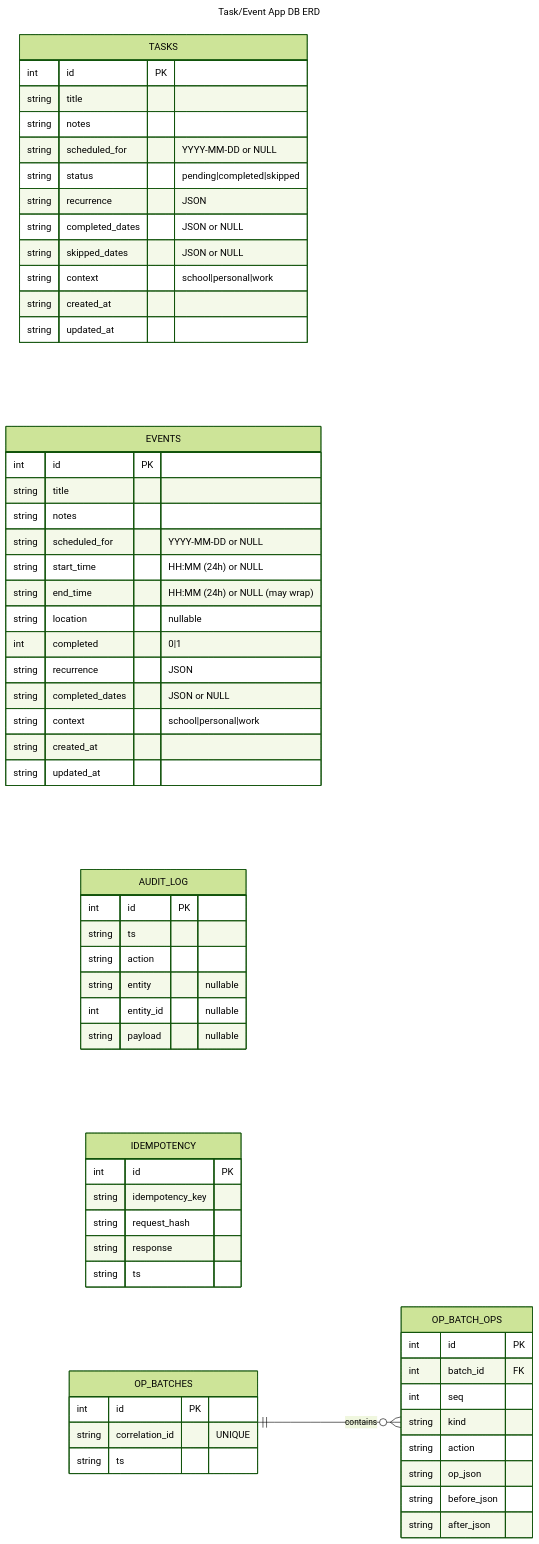
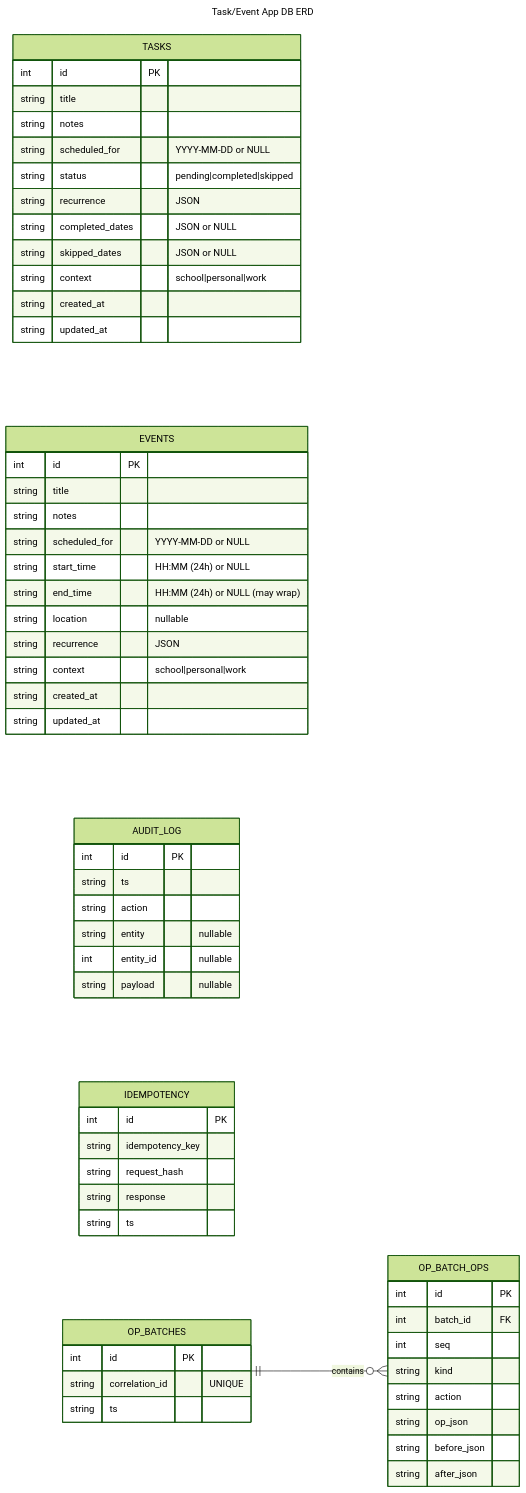
One commit to dantheman454/habit_app changed the diagram in docs/mindmap/er_diagram.md. Above: the diagram before and after it, drawn with Mermaid (forest theme). The commit also changed 22 other files, not shown here.

````diff
--- a/docs/mindmap/er_diagram.md
+++ b/docs/mindmap/er_diagram.md
@@ -7,73 +7,71 @@
 ```mermaid
 ---
 title: Task/Event App DB ERD
 ---
 erDiagram
     direction LR
 
     TASKS {
         int id PK
         string title
         string notes
         string scheduled_for "YYYY-MM-DD or NULL"
         string status "pending|completed|skipped"
         string recurrence "JSON"
         string completed_dates "JSON or NULL"
         string skipped_dates "JSON or NULL"
         string context "school|personal|work"
         string created_at
         string updated_at
     }
 
     EVENTS {
         int id PK
         string title
         string notes
         string scheduled_for "YYYY-MM-DD or NULL"
         string start_time "HH:MM (24h) or NULL"
         string end_time "HH:MM (24h) or NULL (may wrap)"
         string location "nullable"
-        int completed "0|1"
         string recurrence "JSON"
-        string completed_dates "JSON or NULL"
         string context "school|personal|work"
         string created_at
         string updated_at
     }
 
     AUDIT_LOG {
         int id PK
         string ts
         string action
         string entity "nullable"
         int entity_id "nullable"
         string payload "nullable"
     }
 
     IDEMPOTENCY {
         int id PK
         string idempotency_key
         string request_hash
         string response
         string ts
     }
 
     OP_BATCHES {
         int id PK
         string correlation_id "UNIQUE"
         string ts
     }
 
     OP_BATCH_OPS {
         int id PK
         int batch_id FK
         int seq
         string kind
         string action
         string op_json
         string before_json
         string after_json
     }
 
     OP_BATCHES ||--o{ OP_BATCH_OPS : contains
 ```
````
